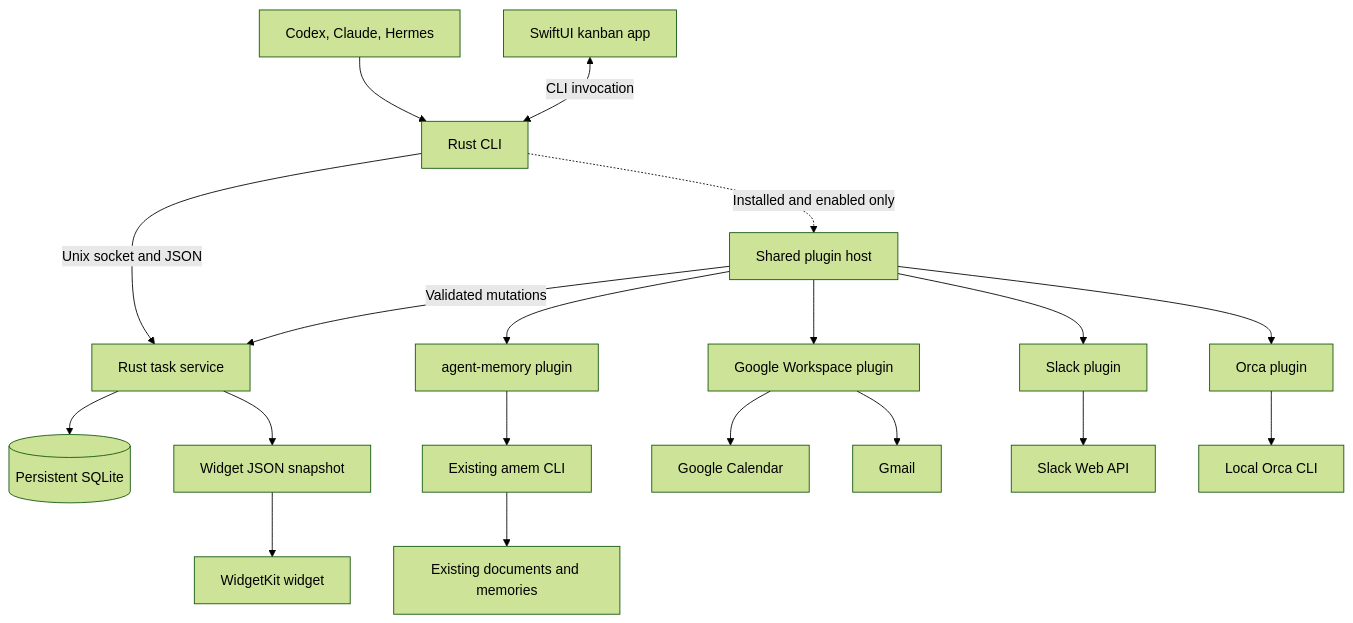
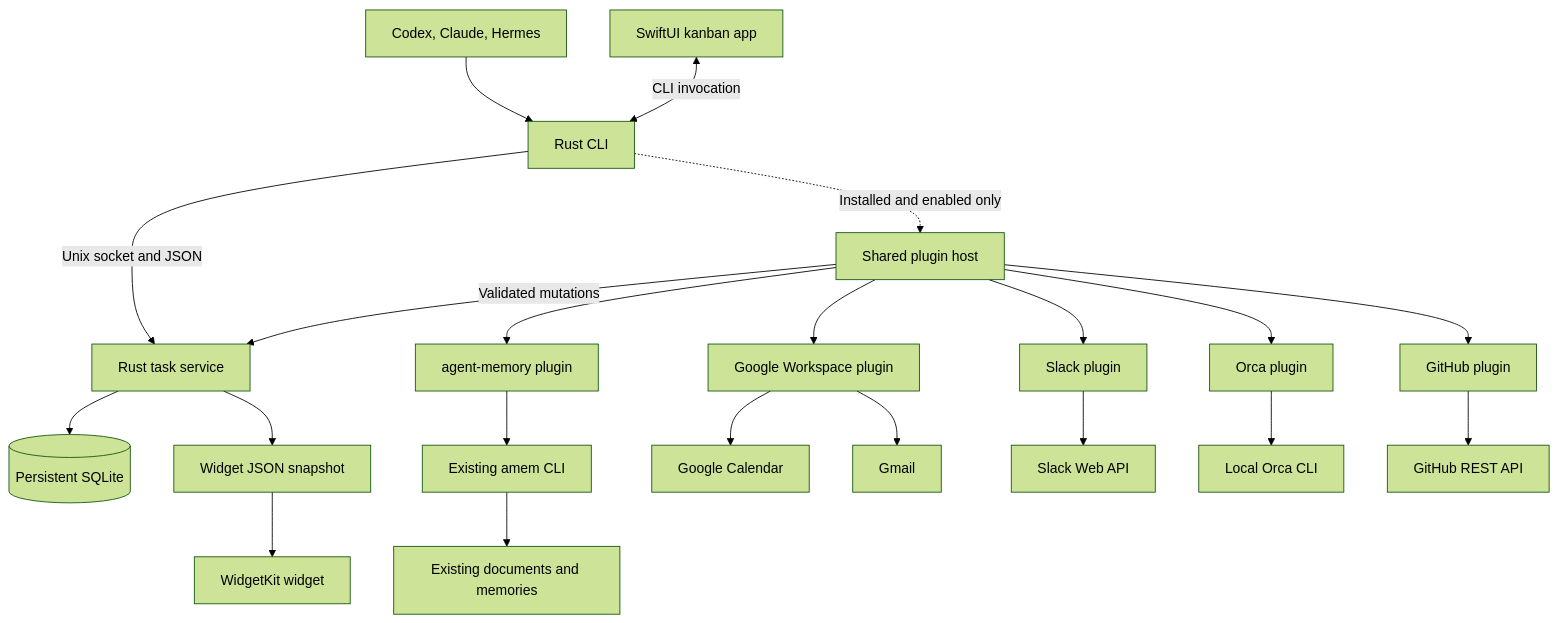
One commit to snuff12/agent-workboard changed the diagram in docs/architecture.md. Above: the diagram before and after it, drawn with Mermaid (forest theme). The commit also changed other lines of this file and 20 other files, not shown here.

````diff
--- a/docs/architecture.md
+++ b/docs/architecture.md
@@ -7,21 +7,23 @@
 ```mermaid
 flowchart TB
     A[Codex, Claude, Hermes] --> B[Rust CLI]
     B -->|Unix socket and JSON| C[Rust task service]
     D[SwiftUI kanban app] <-->|CLI invocation| B
     C --> E[(Persistent SQLite)]
     C --> F[Widget JSON snapshot]
     F --> G[WidgetKit widget]
     B -. Installed and enabled only .-> H[Shared plugin host]
     H -->|Validated mutations| C
     H --> M[agent-memory plugin]
     M --> I[Existing amem CLI]
     I --> J[Existing documents and memories]
     H --> K[Google Workspace plugin]
     K --> L[Google Calendar]
     K --> N[Gmail]
     H --> S[Slack plugin]
     S --> T[Slack Web API]
     H --> O[Orca plugin]
     O --> P[Local Orca CLI]
+    H --> Q[GitHub plugin]
+    Q --> R[GitHub REST API]
 ```
````
